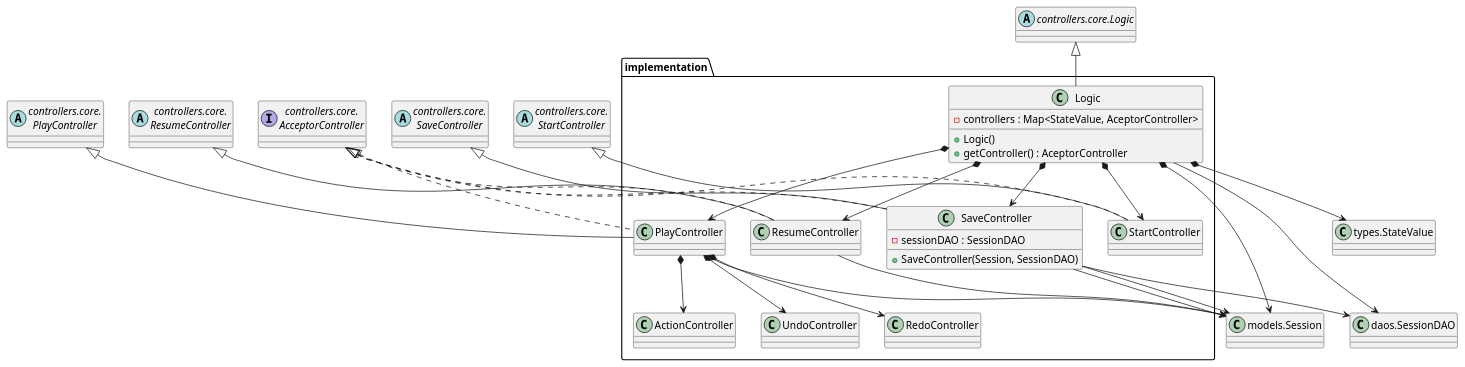
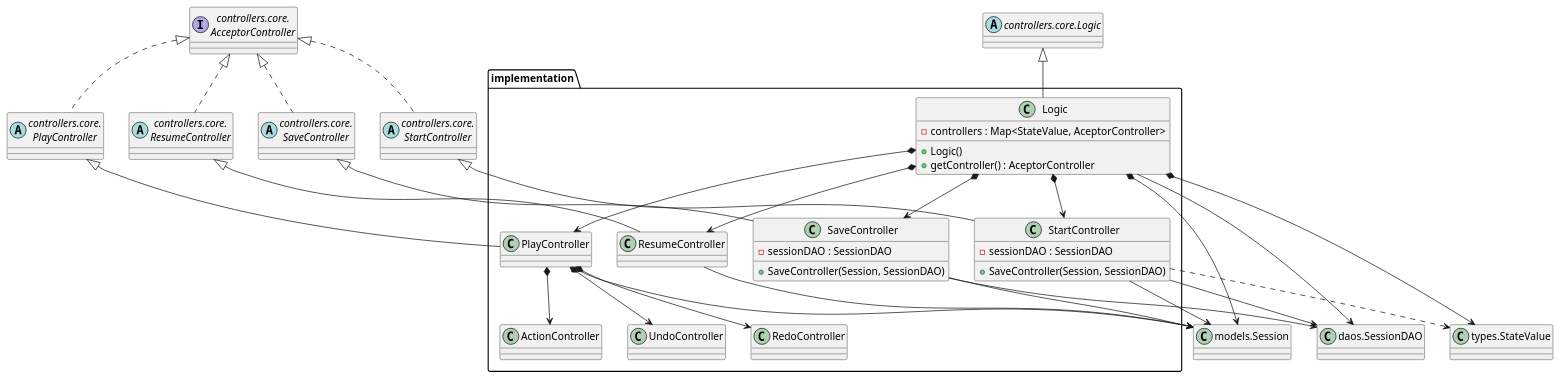
Before and after one commit to js-rom/connect4: the diagram in connect4/Docs/diagrams/src/packages/connect4.connect4.controllers.implementation.plantuml, drawn with PlantUML. The commit also changed 10 other files, not shown here.

```diff
--- a/connect4/Docs/diagrams/src/packages/connect4.connect4.controllers.implementation.plantuml
+++ b/connect4/Docs/diagrams/src/packages/connect4.connect4.controllers.implementation.plantuml
@@ -1,84 +1,90 @@
 @startuml connect4.connect4.controllers.implementation
+
+abstract class StartController as "controllers.core.\nStartController"
+abstract class PlayController as "controllers.core.\nPlayController"
+abstract class SaveController as "controllers.core.\nSaveController"
+abstract class ResumeController as "controllers.core.\nResumeController"
+class Session as "models.Session"
+class SessionDAO as "daos.SessionDAO"
+class StateValue as "types.StateValue"
+abstract class coreLogic as "controllers.core.Logic"
+
+interface AcceptorController as "controllers.core.\nAcceptorController"
 
 package implementation {
 
 }
 
 class implementation.Logic {
     -controllers : Map<StateValue, AceptorController> 
     +Logic()
     +getController() : AceptorController
 }
 
 
 class implementation.StartController {
-
+  - sessionDAO : SessionDAO
+  + SaveController(Session, SessionDAO)
 }
 
 
 class implementation.PlayController{
 
 }
 
 class implementation.ActionController{
    
 }
 
 class implementation.UndoController{
   
 }
 
 class implementation.RedoController{
    
 }
 
 class implementation.SaveController{
   - sessionDAO : SessionDAO
   + SaveController(Session, SessionDAO)
 }
 
 class implementation.ResumeController{
   
 }
 
-class Session as "models.Session"
-class SessionDAO as "daos.SessionDAO"
-class StateValue as "types.StateValue"
 
-interface AcceptorController as "controllers.core.\nAcceptorController"
 AcceptorController <|.. StartController
 AcceptorController <|.. PlayController
 AcceptorController <|.. SaveController
 AcceptorController <|.. ResumeController
 
-abstract class coreLogic as "controllers.core.Logic"
-coreLogic <|-- Logic
-Logic *--> Session
-Logic --> SessionDAO
-Logic *--> StartController
-Logic *--> PlayController
-Logic *--> SaveController
-Logic *--> ResumeController
-Logic *--> StateValue
 
-PlayController *--> ActionController
-PlayController *--> UndoController
-PlayController *--> RedoController
+coreLogic <|-- implementation.Logic
+implementation.Logic *--> Session
+implementation.Logic --> SessionDAO
+implementation.Logic *--> implementation.StartController
+implementation.Logic *--> implementation.PlayController
+implementation.Logic *--> implementation.SaveController
+implementation.Logic *--> implementation.ResumeController
+implementation.Logic *--> StateValue
 
-abstract class StartController as "controllers.core.\nStartController"
-abstract class PlayController as "controllers.core.\nPlayController"
-abstract class SaveController as "controllers.core.\nSaveController"
-abstract class ResumeController as "controllers.core.\nResumeController"
+implementation.PlayController *--> ActionController
+implementation.PlayController *--> UndoController
+implementation.PlayController *--> RedoController
 
 StartController <|-- implementation.StartController
 PlayController <|-- implementation.PlayController
 SaveController <|-- implementation.SaveController
 ResumeController <|-- implementation.ResumeController
 
+implementation.StartController ..> StateValue
+
+implementation.StartController --> Session
 implementation.SaveController --> Session
 implementation.PlayController --> Session
-implementation.SaveController --> Session
 implementation.ResumeController --> Session
 implementation.SaveController --> SessionDAO
+implementation.StartController --> SessionDAO
 
 @enduml
```
